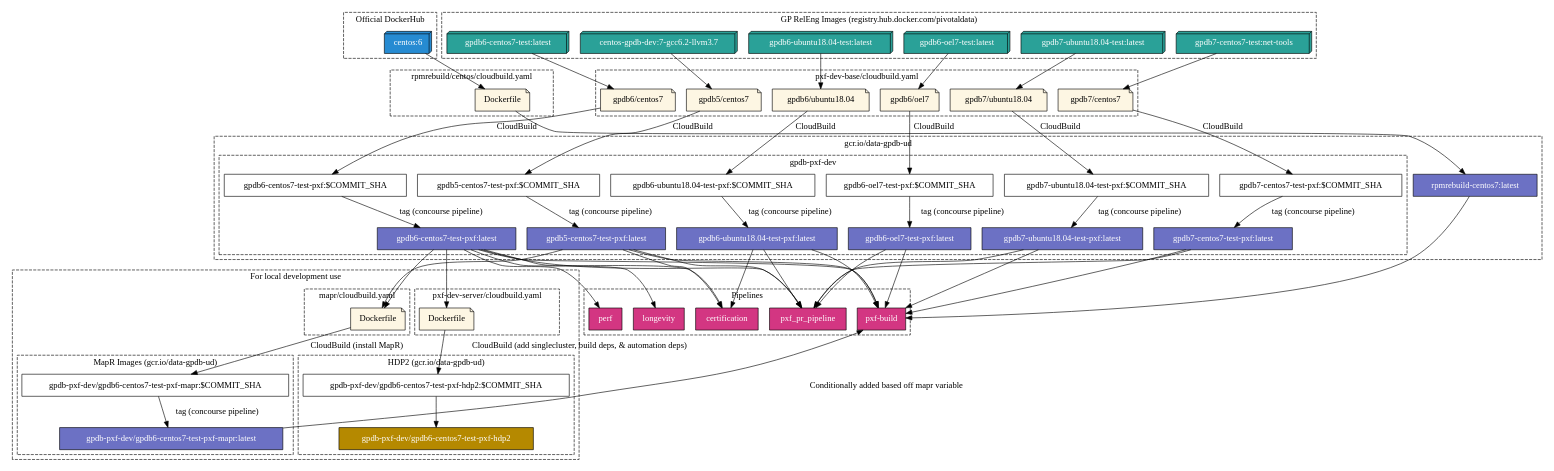
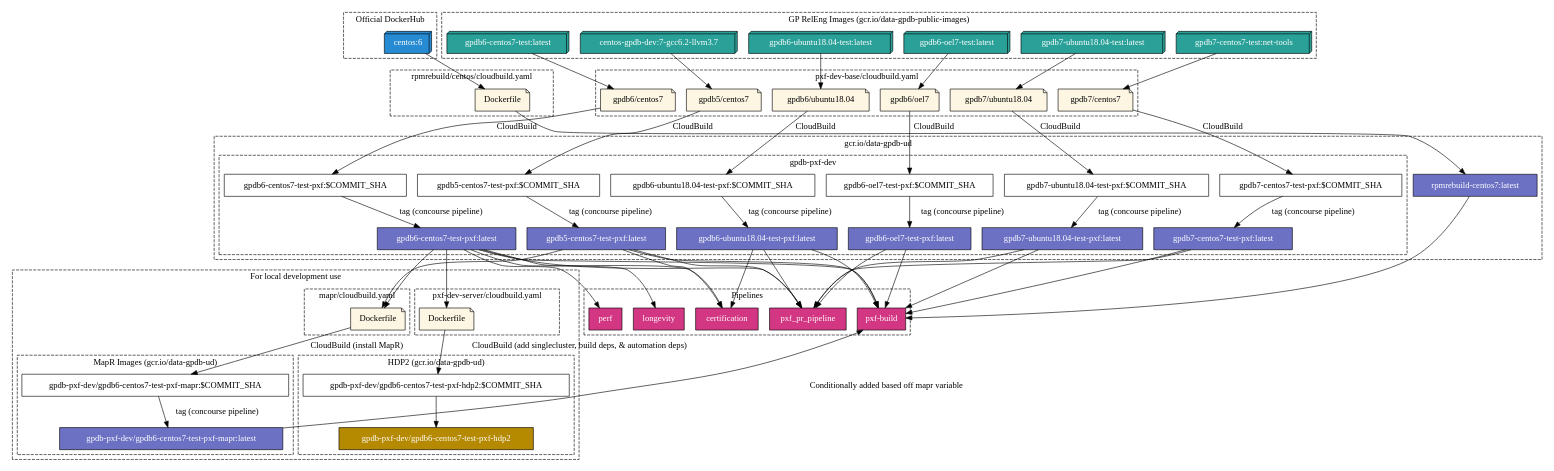
Before and after one commit to zhaoyuan2022/pxf-pdb: the diagram in concourse/docker/diagram/images.dot, drawn with Graphviz. The commit also changed 5 other files, not shown here.

```diff
--- a/concourse/docker/diagram/images.dot
+++ b/concourse/docker/diagram/images.dot
@@ -1,189 +1,189 @@
 digraph pxf_container_image_flow {
     subgraph cluster_dockerhub {
         label = "Official DockerHub"
         style=dashed
         node [shape=box3d fillcolor="#268bd2" style=filled fontcolor=white]
 
         centos6[label="centos:6"]
     }
 
-    # DockerHub pivotaldata images
-    subgraph cluster_pivotaldata {
-        label="GP RelEng Images (registry.hub.docker.com/pivotaldata)"
+    # gcr.io/data-gpdb-public-images
+    subgraph cluster_gcr_images {
+        label="GP RelEng Images (gcr.io/data-gpdb-public-images)"
         style=dashed
         node [shape=box3d fillcolor="#2aa198" style=filled fontcolor=white]
         gp5_centos7_latest[label="centos-gpdb-dev:7-gcc6.2-llvm3.7"]
         gp6_centos7_latest[label="gpdb6-centos7-test:latest"]
         gp6_ubuntu18_latest[label="gpdb6-ubuntu18.04-test:latest"]
         gp6_oel7_latest[label="gpdb6-oel7-test:latest"]
         gp7_centos7_latest[label="gpdb7-centos7-test:net-tools"]
         gp7_ubuntu18_latest[label="gpdb7-ubuntu18.04-test:latest"]
     }
 
     # PXF Cloudbuild & Dockerfiles
     subgraph cluster_pxf_dev_base {
         label = "pxf-dev-base/cloudbuild.yaml"
         style=dashed
         node [shape=note fillcolor="#fdf6e3" style=filled]
 
         gp5_centos7_dockerfile[label="gpdb5/centos7"]
         gp6_centos7_dockerfile[label="gpdb6/centos7"]
         gp6_ubuntu18_dockerfile[label="gpdb6/ubuntu18.04"]
         gp6_oel7_dockerfile[label="gpdb6/oel7"]
         gp7_centos7_dockerfile[label="gpdb7/centos7"]
         gp7_ubuntu18_dockerfile[label="gpdb7/ubuntu18.04"]
 
     }
 
     subgraph cluster_rpmrebuild {
         label = "rpmrebuild/centos/cloudbuild.yaml"
         style=dashed
         node [shape=note fillcolor="#fdf6e3" style=filled]
 
         rpm_docker[label="Dockerfile"]
     }
 
     # UD GCR images
     subgraph cluster_gcr_data_gpdb_ud {
         label = "gcr.io/data-gpdb-ud"
         style=dashed
         node [shape=box]
 
         subgraph cluster_gpdb_pxf_dev {
             label = "gpdb-pxf-dev"
             style=dashed
             node [shape=box]
 
             gp5_centos7_pxf_sha[label="gpdb5-centos7-test-pxf:$COMMIT_SHA"]
             gp6_centos7_pxf_sha[label="gpdb6-centos7-test-pxf:$COMMIT_SHA"]
             gp6_ubuntu18_pxf_sha[label="gpdb6-ubuntu18.04-test-pxf:$COMMIT_SHA"]
             gp6_oel7_pxf_sha[label="gpdb6-oel7-test-pxf:$COMMIT_SHA"]
             gp7_centos7_pxf_sha[label="gpdb7-centos7-test-pxf:$COMMIT_SHA"]
             gp7_ubuntu18_pxf_sha[label="gpdb7-ubuntu18.04-test-pxf:$COMMIT_SHA"]
 
             gp5_centos7_pxf_latest[label="gpdb5-centos7-test-pxf:latest" style=filled fillcolor="#6c71c4" fontcolor=white]
             gp6_centos7_pxf_latest[label="gpdb6-centos7-test-pxf:latest" style=filled fillcolor="#6c71c4" fontcolor=white]
             gp6_ubuntu18_pxf_latest[label="gpdb6-ubuntu18.04-test-pxf:latest" style=filled fillcolor="#6c71c4" fontcolor=white]
             gp6_oel7_pxf_latest[label="gpdb6-oel7-test-pxf:latest" style=filled fillcolor="#6c71c4" fontcolor=white]
             gp7_centos7_pxf_latest[label="gpdb7-centos7-test-pxf:latest" style=filled fillcolor="#6c71c4" fontcolor=white]
             gp7_ubuntu18_pxf_latest[label="gpdb7-ubuntu18.04-test-pxf:latest" style=filled fillcolor="#6c71c4" fontcolor=white]
         }
 
         rpm_centos7_latest[label="rpmrebuild-centos7:latest" style=filled fillcolor="#6c71c4" fontcolor=white]
     }
 
     subgraph cluster_pipelines {
         label = "Pipelines"
         style=dashed
         node [shape=box style=filled fillcolor="#d33682 " fontcolor=white]
 
         certification
         perf
         longevity
         build[label="pxf-build"]
         pr[label="pxf_pr_pipeline"]
     }
 
     subgraph cluster_local_use_only {
             label = "For local development use"
             style=dashed
             node [shape=box]
 
         subgraph cluster_pxf_dev_server {
             label = "pxf-dev-server/cloudbuild.yaml"
             style=dashed
             node [shape=note fillcolor="#fdf6e3" style=filled]
 
             server_dockerfile[label="Dockerfile"]
         }
 
         subgraph cluster_mapr {
             label = "mapr/cloudbuild.yaml"
             style=dashed
             node [shape=note fillcolor="#fdf6e3" style=filled]
 
             mapr_dockerfile[label="Dockerfile"]
 
         }
 
         subgraph cluster_gcr_data_gpdb_ud_mapr {
             label = "MapR Images (gcr.io/data-gpdb-ud)"
             style=dashed
             node [shape=box]
             gp6_centos7_pxf_mapr_sha[label="gpdb-pxf-dev/gpdb6-centos7-test-pxf-mapr:$COMMIT_SHA"]
             gp6_centos7_pxf_mapr_latest[label="gpdb-pxf-dev/gpdb6-centos7-test-pxf-mapr:latest" style=filled fillcolor="#6c71c4" fontcolor=white]
 
         }
 
         subgraph cluster_gcr_data_gpdb_ud_hdp2 {
             label = "HDP2 (gcr.io/data-gpdb-ud)"
             style=dashed
             node [shape=box]
             gp6_centos7_pxf_hdp2_sha[label="gpdb-pxf-dev/gpdb6-centos7-test-pxf-hdp2:$COMMIT_SHA"]
             gp6_centos7_pxf_hdp2_latest[label="gpdb-pxf-dev/gpdb6-centos7-test-pxf-hdp2" style=filled fillcolor="#b58900" fontcolor=white]
         }
     }
     gp5_centos7_latest -> gp5_centos7_dockerfile
     gp5_centos7_dockerfile -> gp5_centos7_pxf_sha[label="CloudBuild"]
     gp5_centos7_pxf_sha -> gp5_centos7_pxf_latest[label="tag (concourse pipeline)"]
 
     gp6_centos7_latest -> gp6_centos7_dockerfile
     gp6_centos7_dockerfile -> gp6_centos7_pxf_sha[label="CloudBuild"]
     gp6_centos7_pxf_sha -> gp6_centos7_pxf_latest[label="tag (concourse pipeline)"]
 
     gp6_ubuntu18_latest -> gp6_ubuntu18_dockerfile
     gp6_ubuntu18_dockerfile -> gp6_ubuntu18_pxf_sha[label="CloudBuild"]
     gp6_ubuntu18_pxf_sha -> gp6_ubuntu18_pxf_latest[label="tag (concourse pipeline)"]
 
     gp6_oel7_latest -> gp6_oel7_dockerfile
     gp6_oel7_dockerfile -> gp6_oel7_pxf_sha[label="CloudBuild"]
     gp6_oel7_pxf_sha -> gp6_oel7_pxf_latest[label="tag (concourse pipeline)"]
 
     gp7_centos7_latest -> gp7_centos7_dockerfile
     gp7_centos7_dockerfile -> gp7_centos7_pxf_sha[label="CloudBuild"]
     gp7_centos7_pxf_sha -> gp7_centos7_pxf_latest[label="tag (concourse pipeline)"]
 
     gp7_ubuntu18_latest -> gp7_ubuntu18_dockerfile
     gp7_ubuntu18_dockerfile -> gp7_ubuntu18_pxf_sha[label="CloudBuild"]
     gp7_ubuntu18_pxf_sha -> gp7_ubuntu18_pxf_latest[label="tag (concourse pipeline)"]
 
     centos6 -> rpm_docker
     rpm_docker -> rpm_centos7_latest
 
     gp5_centos7_pxf_latest -> mapr_dockerfile
     gp6_centos7_pxf_latest -> mapr_dockerfile
     mapr_dockerfile -> gp6_centos7_pxf_mapr_sha[label="CloudBuild (install MapR)"]
     gp6_centos7_pxf_mapr_sha -> gp6_centos7_pxf_mapr_latest[label="tag (concourse pipeline)"]
 
     gp6_centos7_pxf_latest -> server_dockerfile
     server_dockerfile -> gp6_centos7_pxf_hdp2_sha[label="CloudBuild (add singlecluster, build deps, & automation deps)"]
     gp6_centos7_pxf_hdp2_sha -> gp6_centos7_pxf_hdp2_latest
 
     gp5_centos7_pxf_latest -> certification
     gp5_centos7_pxf_latest -> build
     gp5_centos7_pxf_latest -> pr
 
     gp6_centos7_pxf_latest -> certification
     gp6_centos7_pxf_latest -> longevity
     gp6_centos7_pxf_latest -> perf
     gp6_centos7_pxf_latest -> build
     gp6_centos7_pxf_latest -> pr
 
     gp6_ubuntu18_pxf_latest -> certification
     gp6_ubuntu18_pxf_latest -> build
     gp6_ubuntu18_pxf_latest -> pr
 
     gp6_oel7_pxf_latest -> build
     gp6_oel7_pxf_latest -> pr
 
     gp7_centos7_pxf_latest -> build
     gp7_centos7_pxf_latest -> pr
 
     gp7_ubuntu18_pxf_latest -> build
     gp7_ubuntu18_pxf_latest -> pr
 
     rpm_centos7_latest -> build
 
     gp6_centos7_pxf_mapr_latest -> build[label="Conditionally added based off mapr variable"]
 
 }
```
